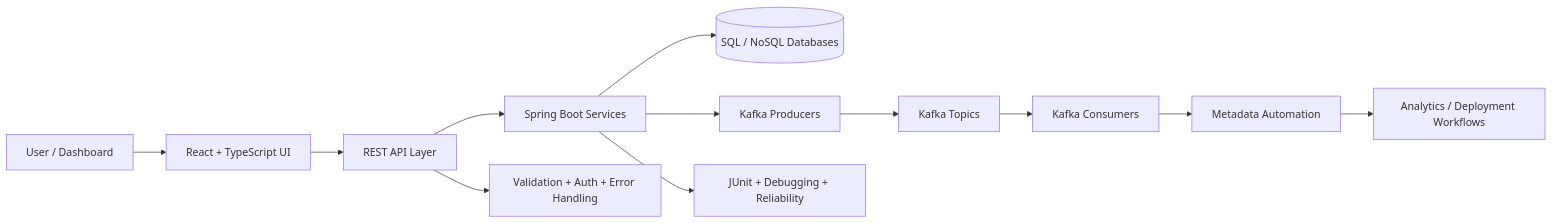
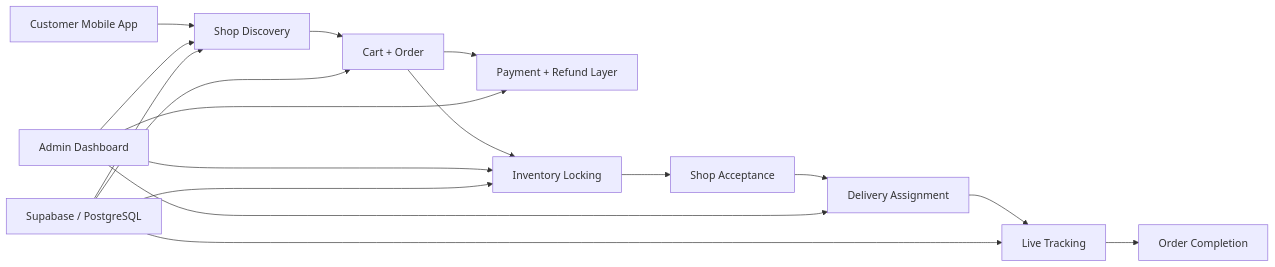
The second of 4 diagrams in README.md (ankitraj6767/ankitraj6767), drawn with Mermaid before and after one commit. The commit also changed other lines of this file, not shown here.

Commit message:
Add flagship repo visuals and portfolio tech percentage graph

````diff
--- a/README.md
+++ b/README.md
@@ -179,15 +173,20 @@
 ```mermaid
 flowchart LR
-    A[User / Dashboard] --> B[React + TypeScript UI]
-    B --> C[REST API Layer]
-    C --> D[Spring Boot Services]
-    D --> E[(SQL / NoSQL Databases)]
-    D --> F[Kafka Producers]
-    F --> G[Kafka Topics]
-    G --> H[Kafka Consumers]
-    H --> I[Metadata Automation]
-    I --> J[Analytics / Deployment Workflows]
+    A[Customer Mobile App] --> B[Shop Discovery]
+    B --> C[Cart + Order]
+    C --> D[Payment + Refund Layer]
+    C --> E[Inventory Locking]
+    E --> F[Shop Acceptance]
+    F --> G[Delivery Assignment]
+    G --> H[Live Tracking]
+    H --> I[Order Completion]
 
-    C --> K[Validation + Auth + Error Handling]
-    D --> L[JUnit + Debugging + Reliability]
+    J[Admin Dashboard] --> B
+    J --> E
+    J --> G
+    J --> D
+    K[Supabase / PostgreSQL] --> B
+    K --> C
+    K --> E
+    K --> H
 ```
````
